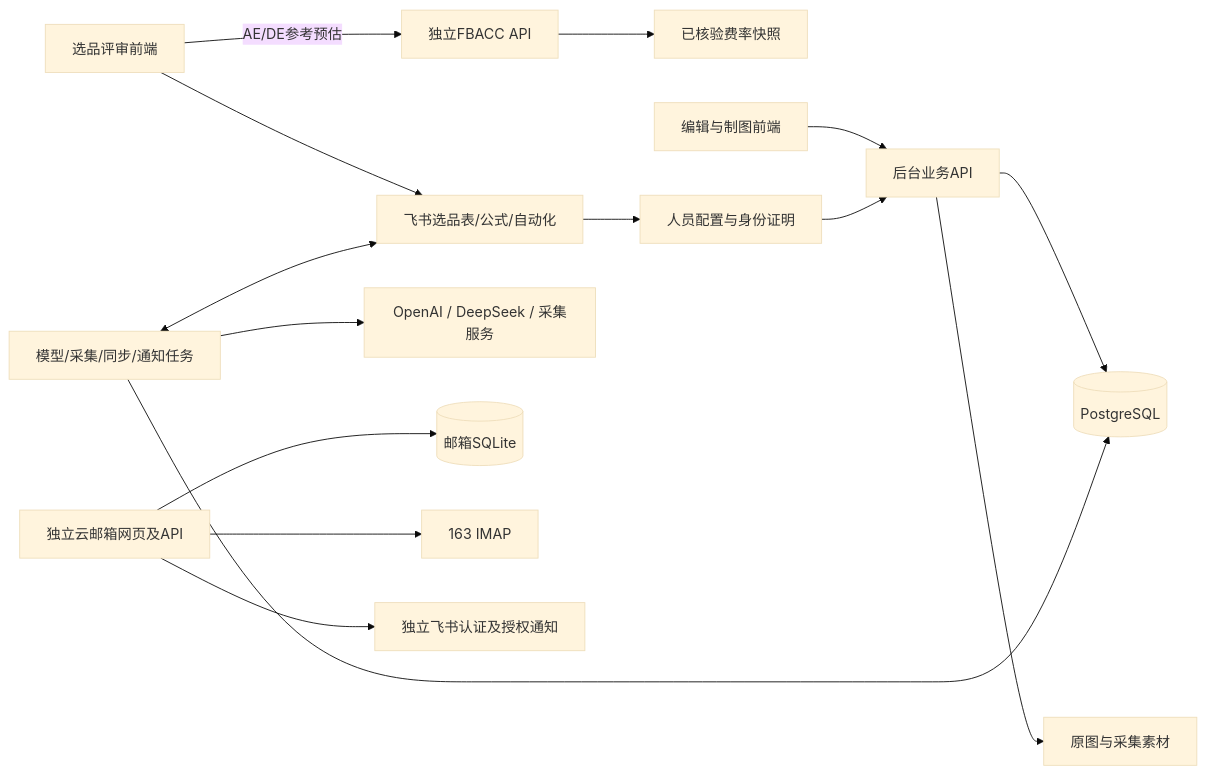
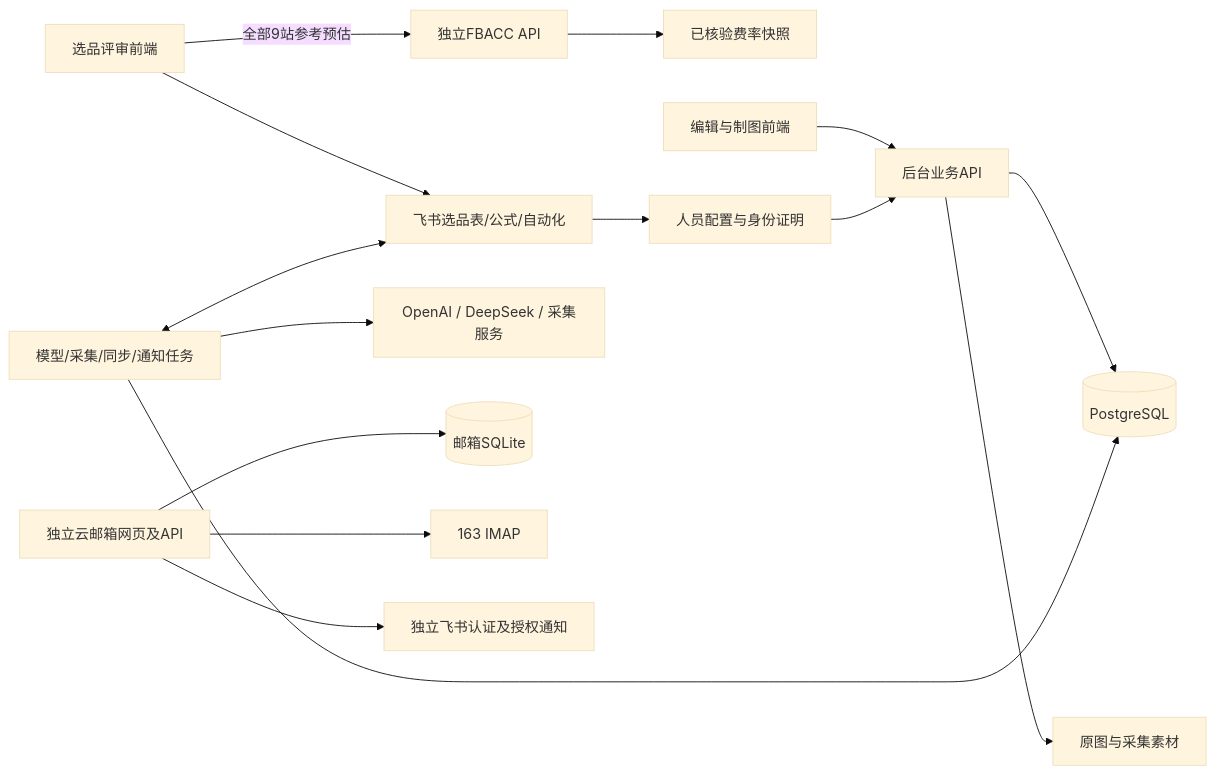
Before and after one commit to wrangler1024/amazon-sku-workbench: the diagram in docs/architecture.md, drawn with Mermaid (base theme). The commit also changed other lines of this file and 16 other files, not shown here.

Commit message:
Route all nine review marketplaces through FBACC

````diff
--- a/docs/architecture.md
+++ b/docs/architecture.md
@@ -19,17 +19,17 @@
 ```mermaid
 flowchart LR
   Review[选品评审前端] --> Base[飞书选品表/公式/自动化]
-  Review -->|AE/DE参考预估| FBACC[独立FBACC API]
+  Review -->|全部9站参考预估| FBACC[独立FBACC API]
   FBACC --> Rates[已核验费率快照]
   Editor[编辑与制图前端] --> API[后台业务API]
   API --> DB[(PostgreSQL)]
   API --> Assets[原图与采集素材]
   Workers[模型/采集/同步/通知任务] --> DB
   Workers --> Providers[OpenAI / DeepSeek / 采集服务]
   Workers <--> Base
   Base --> Identity[人员配置与身份证明]
   Identity --> API
   Mail[独立云邮箱网页及API] --> MailDB[(邮箱SQLite)]
   Mail --> IMAP[163 IMAP]
   Mail --> MailIdentity[独立飞书认证及授权通知]
 ```
````
